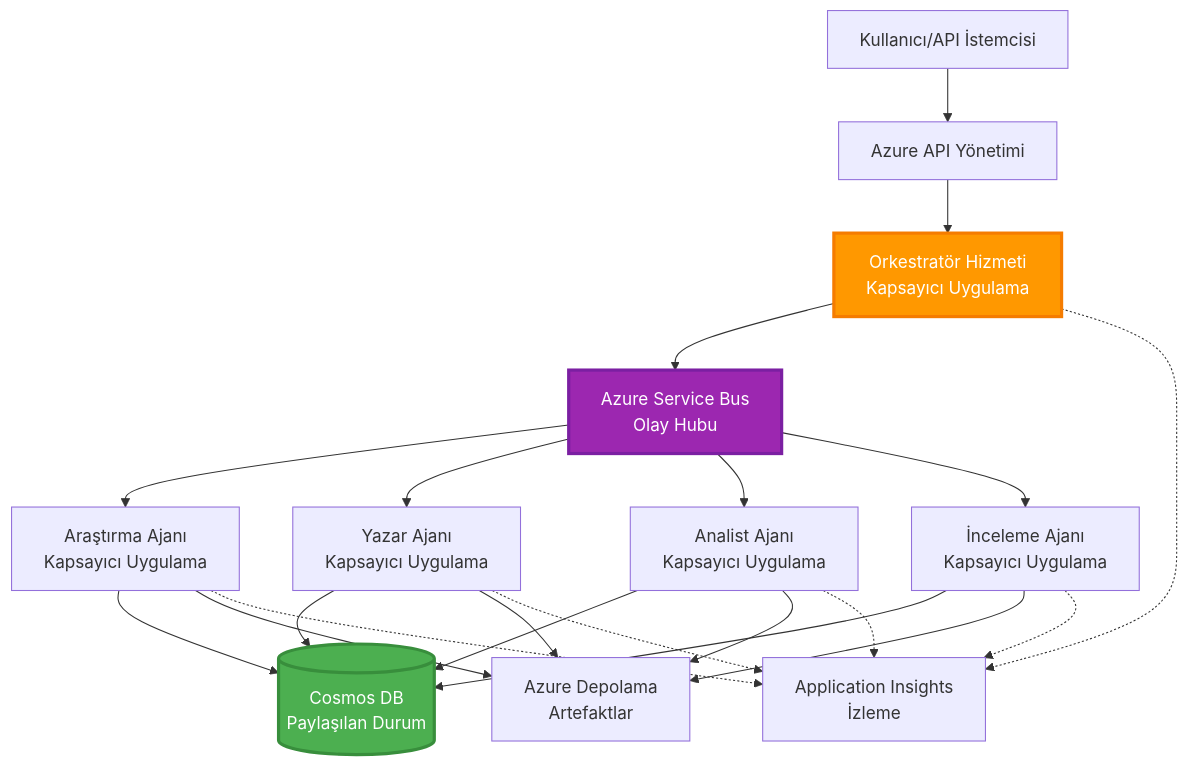
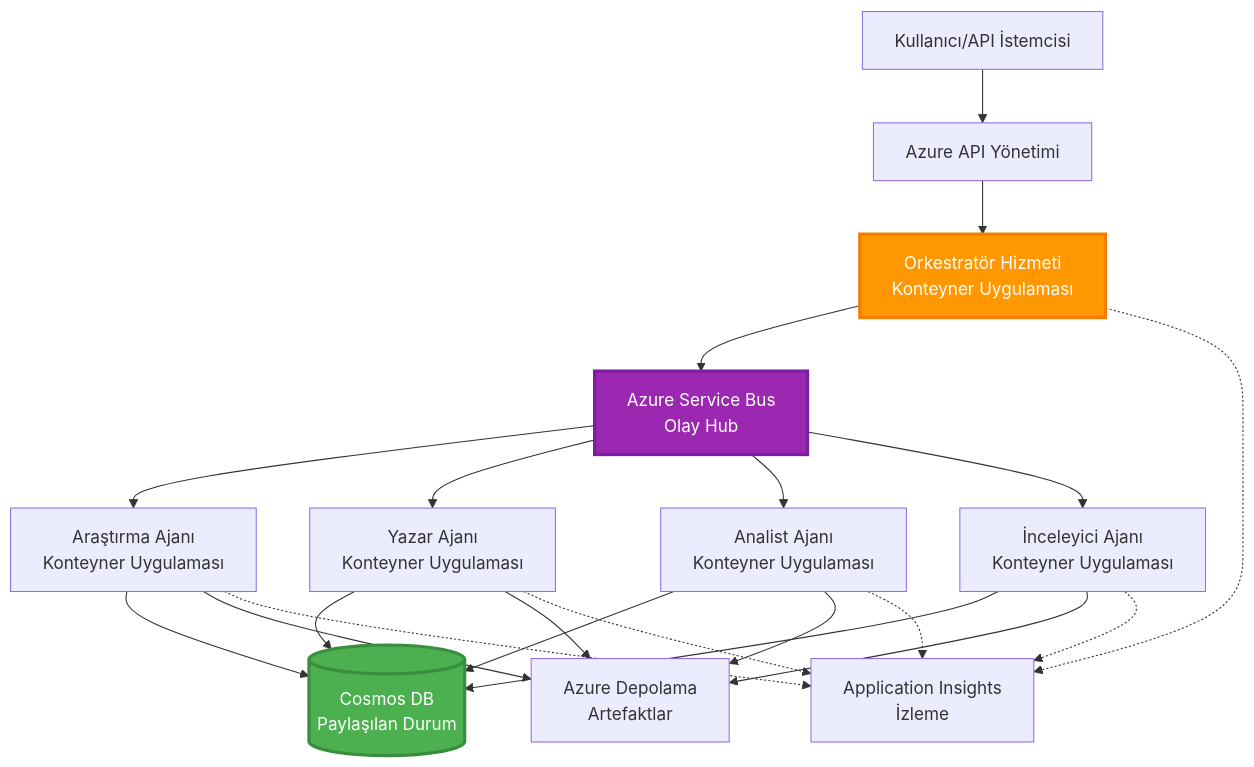
The sixth of 6 diagrams in translations/tr/docs/chapter-06-pre-deployment/coordination-patterns.md (microsoft/AZD-for-beginners), drawn with Mermaid before and after one commit. The commit also changed other lines of this file and 101 other files, not shown here.

````diff
--- a/translations/tr/docs/chapter-06-pre-deployment/coordination-patterns.md
+++ b/translations/tr/docs/chapter-06-pre-deployment/coordination-patterns.md
@@ -271,45 +265,45 @@
 ```mermaid
 graph TB
     User[Kullanıcı/API İstemcisi]
     APIM[Azure API Yönetimi]
-    Orchestrator[Orkestratör Hizmeti<br/>Kapsayıcı Uygulama]
-    ServiceBus[Azure Service Bus<br/>Olay Hubu]
+    Orchestrator[Orkestratör Hizmeti<br/>Konteyner Uygulaması]
+    ServiceBus[Azure Service Bus<br/>Olay Hub]
     
-    Agent1[Araştırma Ajanı<br/>Kapsayıcı Uygulama]
-    Agent2[Yazar Ajanı<br/>Kapsayıcı Uygulama]
-    Agent3[Analist Ajanı<br/>Kapsayıcı Uygulama]
-    Agent4[İnceleme Ajanı<br/>Kapsayıcı Uygulama]
+    Agent1[Araştırma Ajanı<br/>Konteyner Uygulaması]
+    Agent2[Yazar Ajanı<br/>Konteyner Uygulaması]
+    Agent3[Analist Ajanı<br/>Konteyner Uygulaması]
+    Agent4[İnceleyici Ajanı<br/>Konteyner Uygulaması]
     
     CosmosDB[(Cosmos DB<br/>Paylaşılan Durum)]
     Storage[Azure Depolama<br/>Artefaktlar]
     AppInsights[Application Insights<br/>İzleme]
     
     User --> APIM
     APIM --> Orchestrator
     
     Orchestrator --> ServiceBus
     ServiceBus --> Agent1
     ServiceBus --> Agent2
     ServiceBus --> Agent3
     ServiceBus --> Agent4
     
     Agent1 --> CosmosDB
     Agent2 --> CosmosDB
     Agent3 --> CosmosDB
     Agent4 --> CosmosDB
     
     Agent1 --> Storage
     Agent2 --> Storage
     Agent3 --> Storage
     Agent4 --> Storage
     
     Orchestrator -.-> AppInsights
     Agent1 -.-> AppInsights
     Agent2 -.-> AppInsights
     Agent3 -.-> AppInsights
     Agent4 -.-> AppInsights
     
     style Orchestrator fill:#FF9800,stroke:#F57C00,stroke-width:3px,color:#fff
     style ServiceBus fill:#9C27B0,stroke:#7B1FA2,stroke-width:3px,color:#fff
     style CosmosDB fill:#4CAF50,stroke:#388E3C,stroke-width:3px,color:#fff
 ```
````
